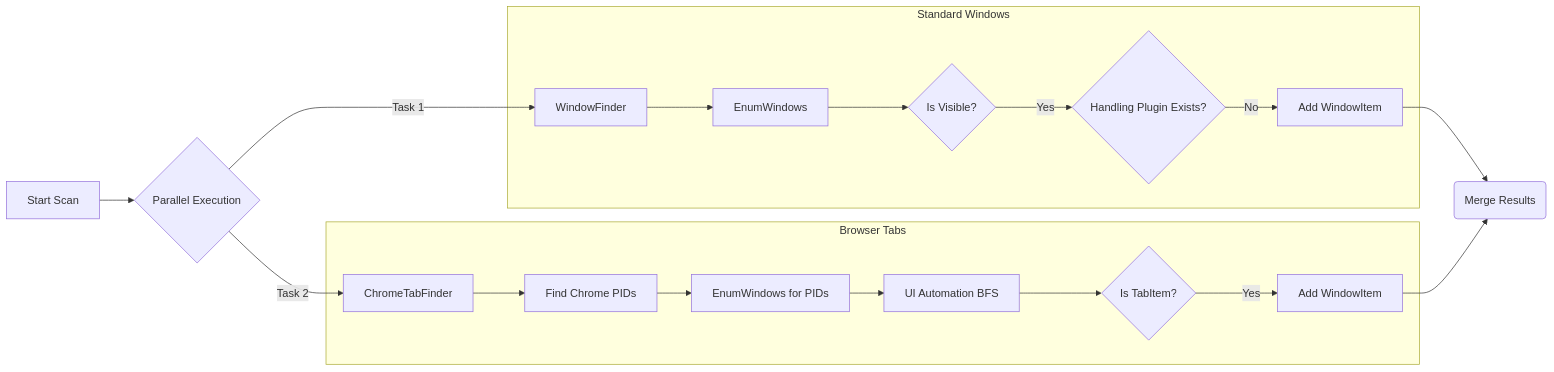
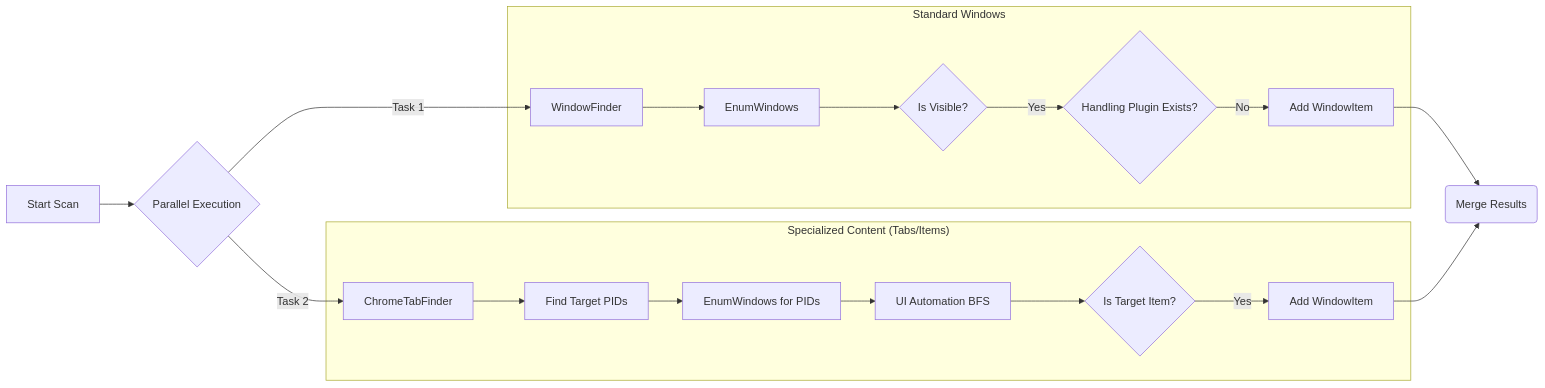
One commit to jamesericwong/switchblade changed the second of 3 diagrams in README.md. Above: the diagram before and after it, drawn with Mermaid.

Commit message:
Update documentation in README

````diff
--- a/README.md
+++ b/README.md
@@ -81,24 +81,24 @@
 ```mermaid
 flowchart LR
     Start[Start Scan] --> Parallel{Parallel Execution}
     Parallel -->|Task 1| WF[WindowFinder]
     Parallel -->|Task 2| CTF[ChromeTabFinder]
     
     subgraph "Standard Windows"
         WF --> Enum[EnumWindows]
         Enum --> Filter{Is Visible?}
         Filter -- Yes --> Exclude{Handling Plugin Exists?}
         Exclude -- No --> Result1[Add WindowItem]
     end
 
-    subgraph "Browser Tabs"
-        CTF --> FindProcess[Find Chrome PIDs]
+    subgraph "Specialized Content (Tabs/Items)"
+        CTF --> FindProcess[Find Target PIDs]
         FindProcess --> Enum2[EnumWindows for PIDs]
         Enum2 --> BFS[UI Automation BFS]
-        BFS --> Tab{Is TabItem?}
+        BFS --> Tab{Is Target Item?}
         Tab -- Yes --> Result2[Add WindowItem]
     end
 
     Result1 --> Merge(Merge Results)
     Result2 --> Merge
 ```
````
